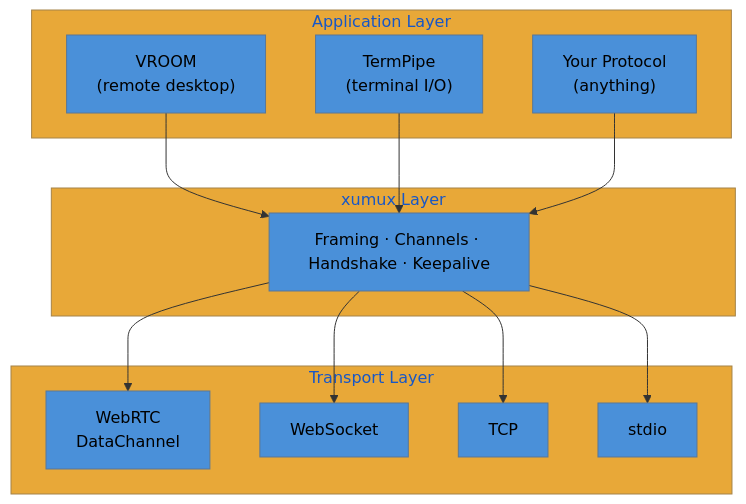
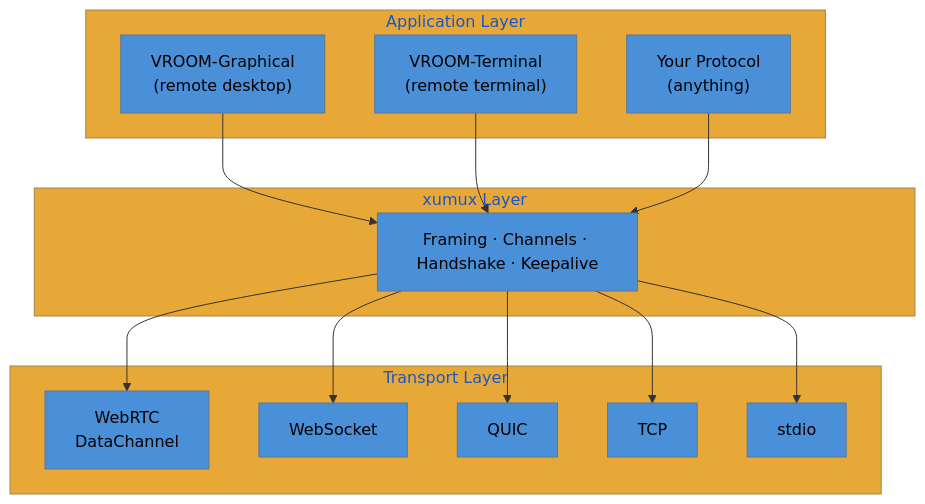
Before and after one commit to deftai/xumux: the first of 16 diagrams in README.md, drawn with Mermaid. The commit also changed other lines of this file and 4 other files, not shown here.

Commit message:
docs: rename VROOM to VROOM-Graphical, TermPipe to VROOM-Terminal, add QUIC transport

````diff
--- a/README.md
+++ b/README.md
@@ -17,28 +17,30 @@
 ```mermaid
 %%{init: {'theme': 'base', 'themeVariables': {'primaryColor': '#4a90d9', 'secondaryColor': '#7ab648', 'tertiaryColor': '#e8a838', 'primaryTextColor': '#000', 'lineColor': '#333'}}}%%
 graph TB
     subgraph "Application Layer"
-        A1["VROOM<br/>(remote desktop)"]
-        A2["TermPipe<br/>(terminal I/O)"]
+        A1["VROOM-Graphical<br/>(remote desktop)"]
+        A2["VROOM-Terminal<br/>(remote terminal)"]
         A3["Your Protocol<br/>(anything)"]
     end
 
     subgraph "xumux Layer"
         OM["Framing · Channels · Handshake · Keepalive"]
     end
 
     subgraph "Transport Layer"
         T1["WebRTC<br/>DataChannel"]
         T2["WebSocket"]
-        T3["TCP"]
-        T4["stdio"]
+        T3["QUIC"]
+        T4["TCP"]
+        T5["stdio"]
     end
 
     A1 --> OM
     A2 --> OM
     A3 --> OM
     OM --> T1
     OM --> T2
     OM --> T3
     OM --> T4
+    OM --> T5
 ```
````
